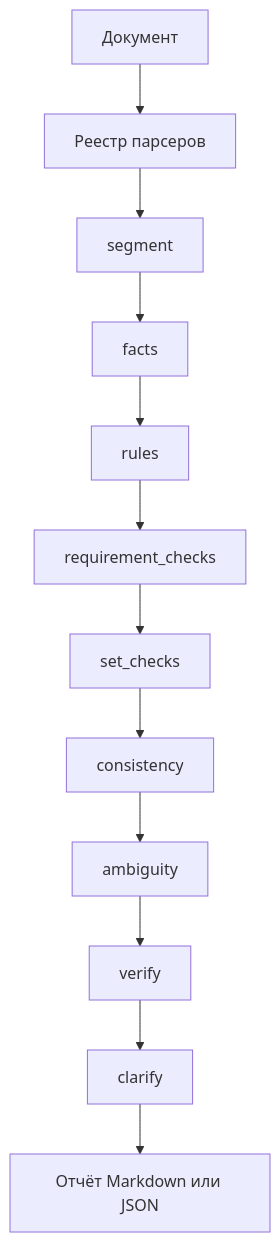
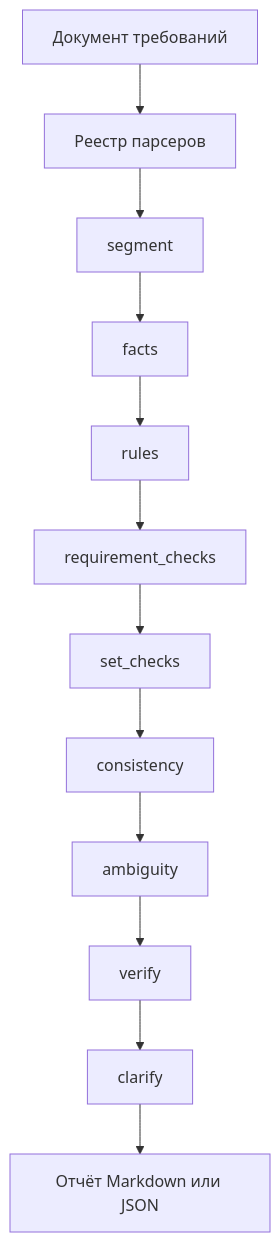
One commit to mathalama/ai-agent-challenge changed the diagram in docs/architecture.md. Above: the diagram before and after it, drawn with Mermaid. The commit also changed other lines of this file and 10 other files, not shown here.

````diff
--- a/docs/architecture.md
+++ b/docs/architecture.md
@@ -3,14 +3,14 @@
 ```mermaid
 flowchart TD
-    Input[Документ] --> Parser[Реестр парсеров]
+    Input[Документ требований] --> Parser[Реестр парсеров]
     Parser --> Segment[segment]
     Segment --> Facts[facts]
     Facts --> Rules[rules]
     Rules --> Requirement[requirement_checks]
     Requirement --> Set[set_checks]
     Set --> Consistency[consistency]
     Consistency --> Ambiguity[ambiguity]
     Ambiguity --> Verify[verify]
     Verify --> Clarify[clarify]
     Clarify --> Report[Отчёт Markdown или JSON]
 ```
````
